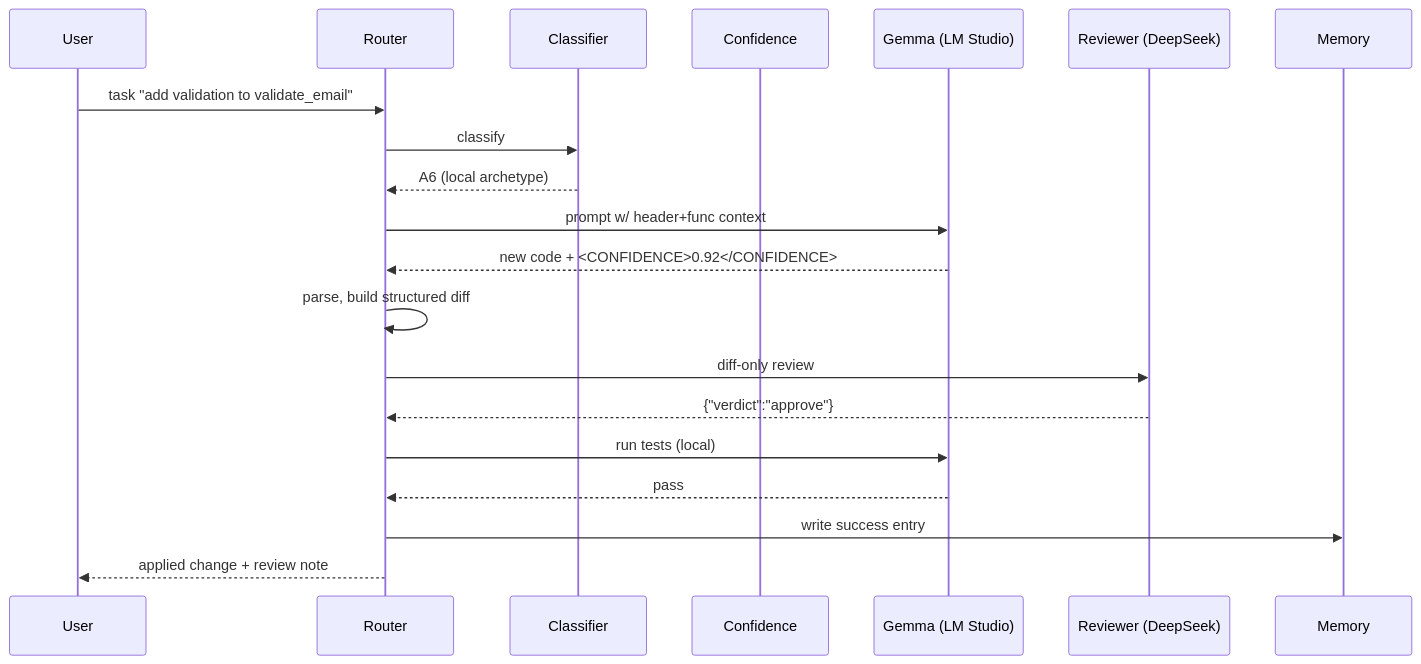
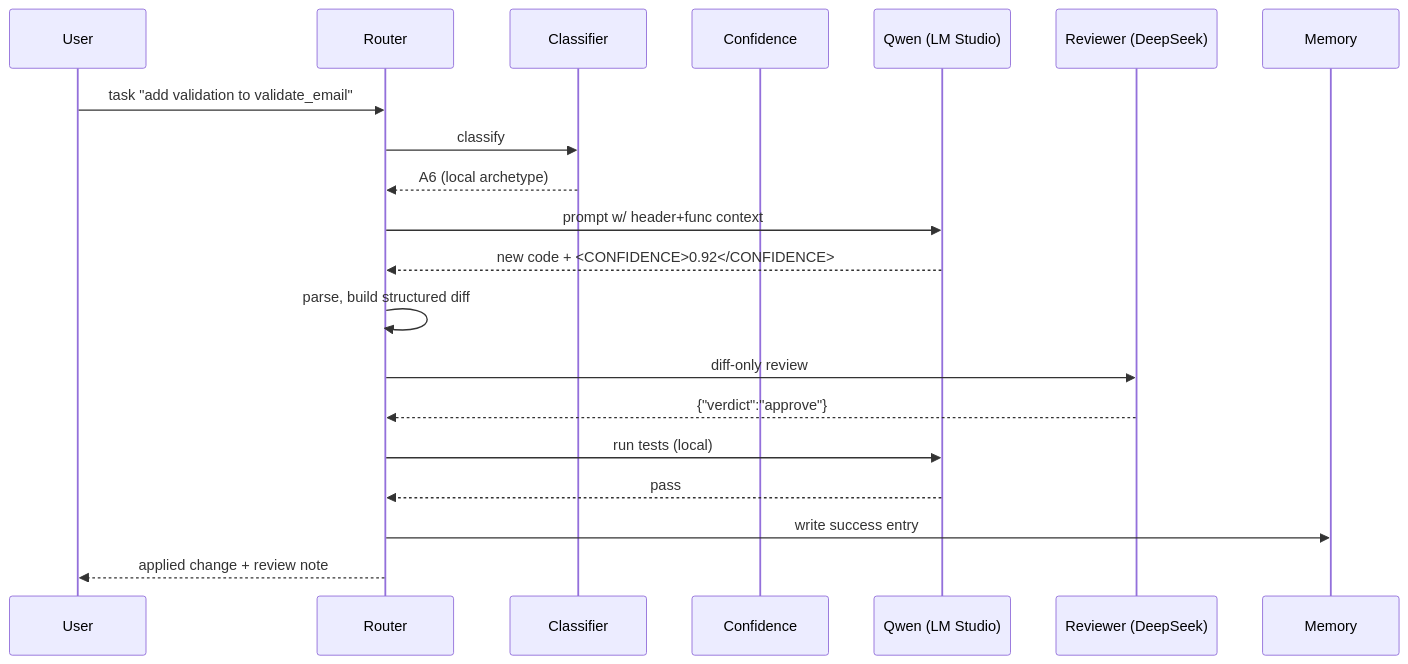
Before and after one commit to Boris8800/Hybrid-agent: the second of 4 diagrams in Agents /ARCHITECTURE.md, drawn with Mermaid. The commit also changed other lines of this file and 25 other files, not shown here.

````diff
--- a/Agents /ARCHITECTURE.md
+++ b/Agents /ARCHITECTURE.md
@@ -367,23 +367,23 @@
 ```mermaid
 sequenceDiagram
     participant U as User
     participant RD as Router
     participant CL as Classifier
     participant CS as Confidence
-    participant LM as Gemma (LM Studio)
+    participant LM as Qwen (LM Studio)
     participant RV as Reviewer (DeepSeek)
     participant M as Memory
 
     U->>RD: task "add validation to validate_email"
     RD->>CL: classify
     CL-->>RD: A6 (local archetype)
     RD->>LM: prompt w/ header+func context
     LM-->>RD: new code + <CONFIDENCE>0.92</CONFIDENCE>
     RD->>RD: parse, build structured diff
     RD->>RV: diff-only review
     RV-->>RD: {"verdict":"approve"}
     RD->>LM: run tests (local)
     LM-->>RD: pass
     RD->>M: write success entry
     RD-->>U: applied change + review note
 ```
````
